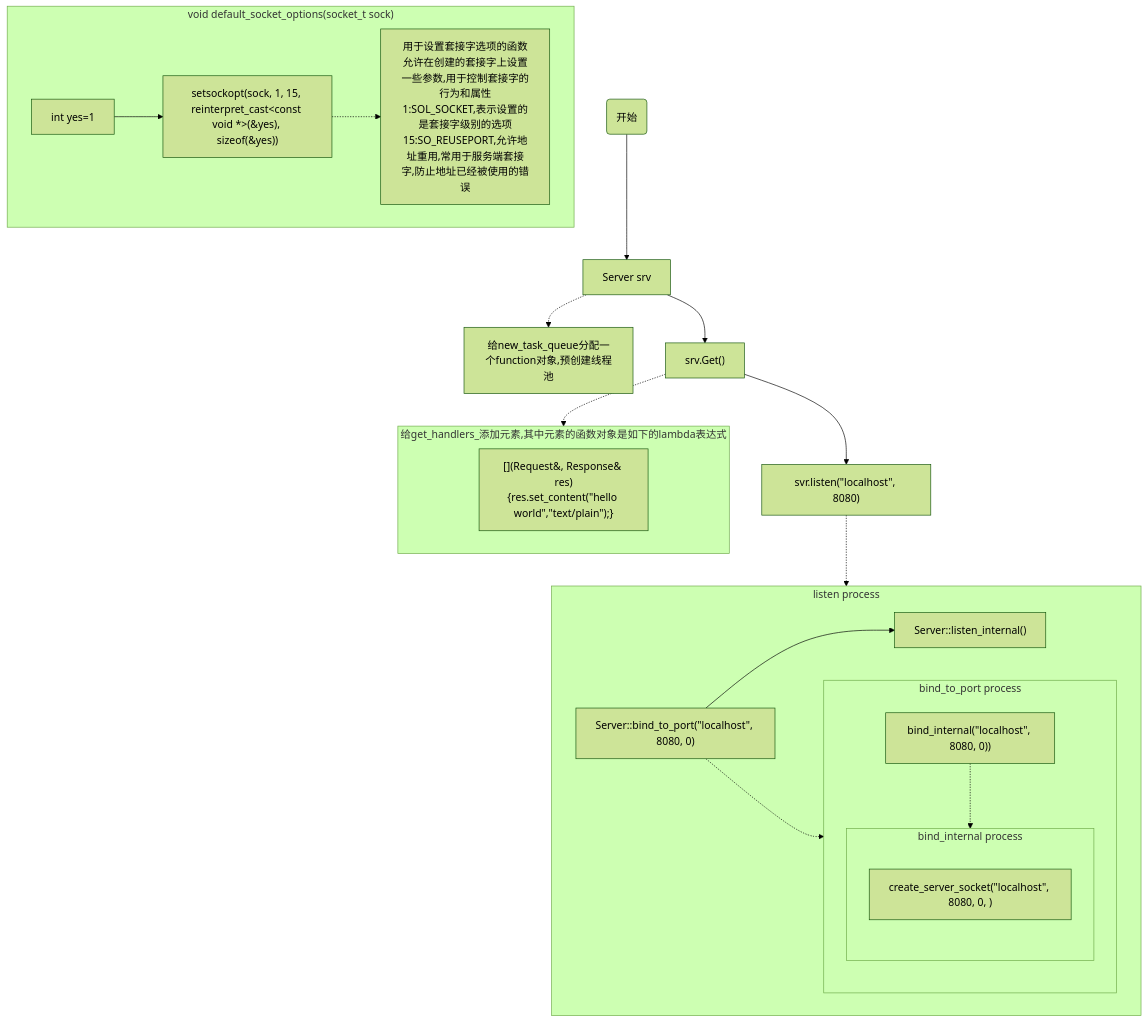
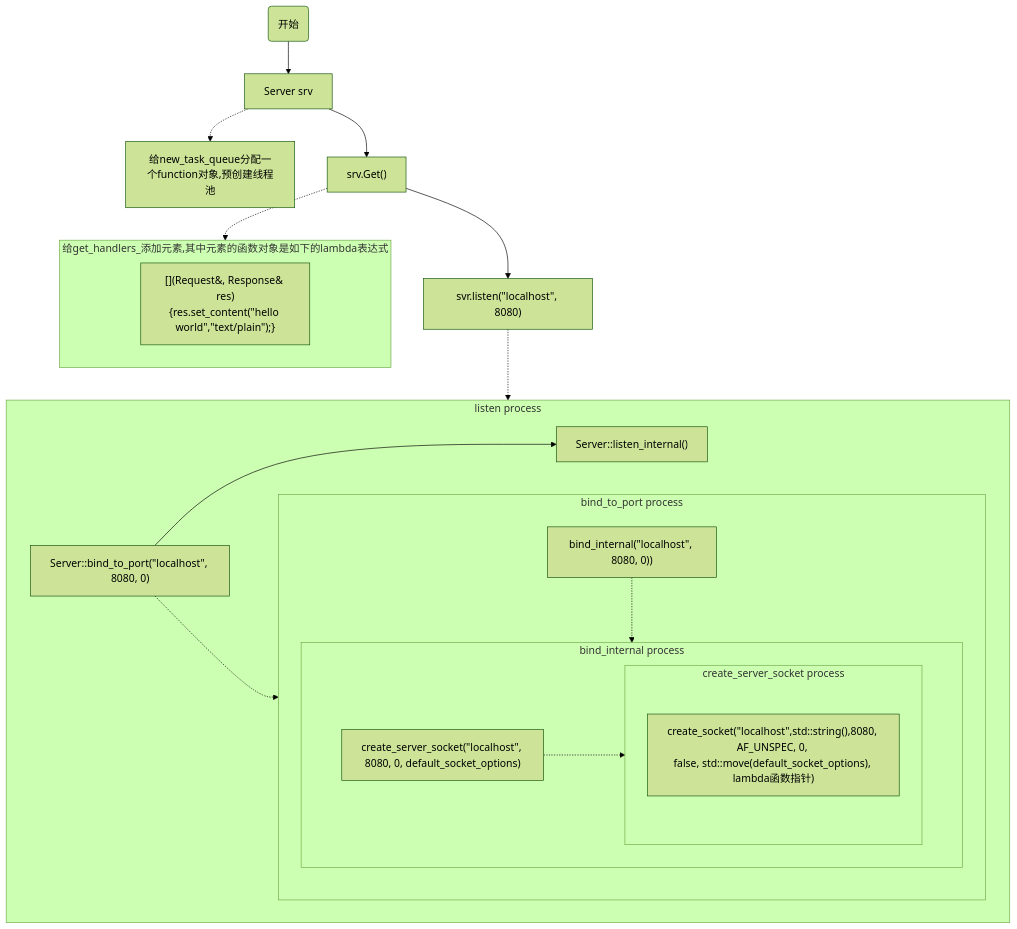
Before and after one commit to PositiveTom/cpp-httplib: the fifth of 5 diagrams in intepretation.md, drawn with Mermaid (forest theme). The commit also changed other lines of this file and 1 other file, not shown here.

````diff
--- a/intepretation.md
+++ b/intepretation.md
@@ -60,32 +100,32 @@
 ```mermaid
 graph TB
 
-subgraph S[void default_socket_options&#40socket_t sock&#41]
-    S0[int yes=1]-->S1
-    S1[setsockopt&#40sock, 1, 15, reinterpret_cast&#60const void *&#62&#40&yes&#41, sizeof&#40&yes&#41&#41]
-    S1-.->S11[用于设置套接字选项的函数<br>允许在创建的套接字上设置一些参数,用于控制套接字的行为和属性<br>1:SOL_SOCKET,表示设置的是套接字级别的选项<br>15:SO_REUSEPORT,允许地址重用,常用于服务端套接字,防止地址已经被使用的错误]
-end
 O(开始)-->A
 A[Server srv]-.->A1[给new_task_queue分配一个function对象,预创建线程池]
 A-->B[srv.Get&#40&#41]
 B-.->B1
 subgraph B1[给get_handlers_添加元素,其中元素的函数对象是如下的lambda表达式]
     B11[&#91&#93&#40Request&, Response& res&#41&#123res.set_content&#40&#34hello world&#34,&#34text&#47plain&#34&#41&#59&#125]
 end
 B-->C[svr.listen&#40&#34localhost&#34, 8080&#41]
 C-.->C1
 subgraph C1[listen process]
     C11[Server::bind_to_port&#40&#34localhost&#34, 8080, 0&#41]
 
     C11-.->C111
     subgraph C111[bind_to_port process]
         C112[bind_internal&#40&#34localhost&#34, 8080, 0&#41&#41]
         C112-.->C1111
         subgraph C1111[bind_internal process]
-            C1112[create_server_socket&#40&#34localhost&#34, 8080, 0, &#41]
+            C1112[create_server_socket&#40&#34localhost&#34, <br>8080, 0, default_socket_options&#41]
+            C1112-.->C1113
+            subgraph C1113[create_server_socket process]
+                C11131[create_socket&#40&#34localhost&#34,std::string&#40&#41,8080, AF_UNSPEC, 0, <br>false, std::move&#40default_socket_options&#41, lambda函数指针&#41]
+
+            end
         end
     end
     C11-->C12[Server::listen_internal&#40&#41]
 end
 
 ```
````
